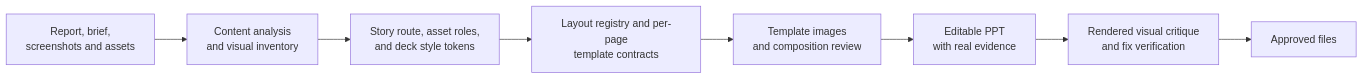
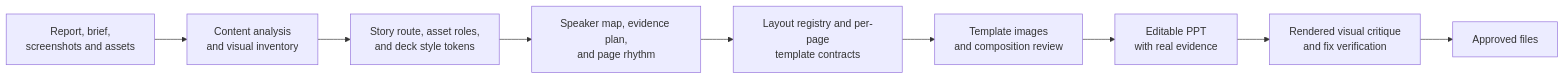
Before and after one commit to che626/competition-ppt-template-first-skill: the diagram in README.md, drawn with Mermaid. The commit also changed other lines of this file and 17 other files, not shown here.

Commit message:
feat: add speaker, evidence, and page rhythm controls

````diff
--- a/README.md
+++ b/README.md
@@ -16,10 +16,11 @@
 ```mermaid
 flowchart LR
     A[Report, brief,<br/>screenshots and assets] --> B[Content analysis<br/>and visual inventory]
     B --> C[Story route, asset roles,<br/>and deck style tokens]
-    C --> D[Layout registry and per-page<br/>template contracts]
-    D --> E[Template images<br/>and composition review]
-    E --> F[Editable PPT<br/>with real evidence]
-    F --> G[Rendered visual critique<br/>and fix verification]
-    G --> H[Approved files]
+    C --> D[Speaker map, evidence plan,<br/>and page rhythm]
+    D --> E[Layout registry and per-page<br/>template contracts]
+    E --> F[Template images<br/>and composition review]
+    F --> G[Editable PPT<br/>with real evidence]
+    G --> H[Rendered visual critique<br/>and fix verification]
+    H --> I[Approved files]
 ```
````
